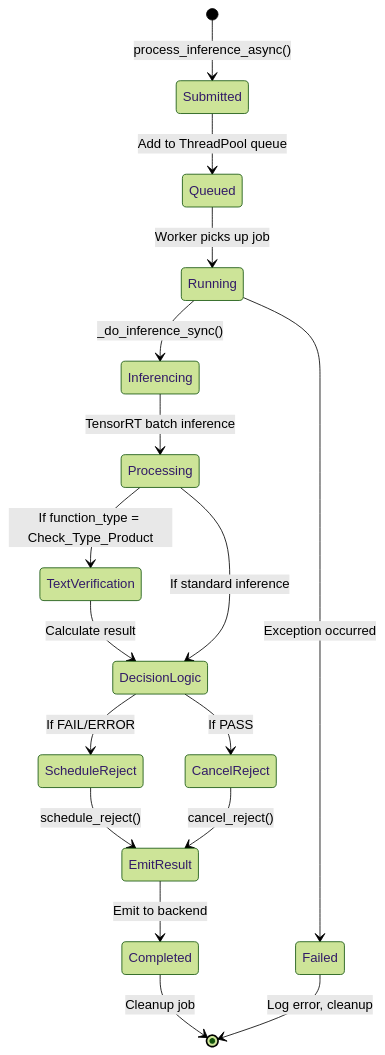
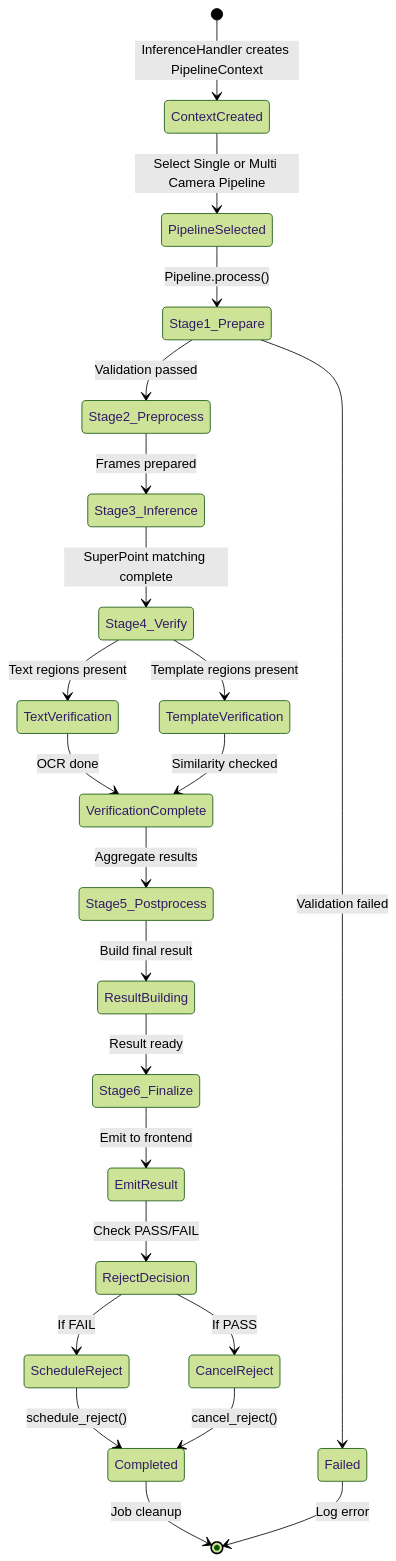
One commit to ngocthien2306/ocr_datecode changed the fourth of 14 diagrams in ai_services/docs/CLASS_DIAGRAM.md. Above: the diagram before and after it, drawn with Mermaid (forest theme). The commit also changed other lines of this file and 1 other file, not shown here.

Commit message:
update trigger and document for class diagram

````diff
--- a/ai_services/docs/CLASS_DIAGRAM.md
+++ b/ai_services/docs/CLASS_DIAGRAM.md
@@ -302,31 +638,41 @@
 ```mermaid
 stateDiagram-v2
-    [*] --> Submitted: process_inference_async()
+    [*] --> ContextCreated: InferenceHandler creates PipelineContext
 
-    Submitted --> Queued: Add to ThreadPool queue
+    ContextCreated --> PipelineSelected: Select Single or Multi Camera Pipeline
 
-    Queued --> Running: Worker picks up job
+    PipelineSelected --> Stage1_Prepare: Pipeline.process()
 
-    Running --> Inferencing: _do_inference_sync()
+    Stage1_Prepare --> Stage2_Preprocess: Validation passed
+    Stage1_Prepare --> Failed: Validation failed
 
-    Inferencing --> Processing: TensorRT batch inference
+    Stage2_Preprocess --> Stage3_Inference: Frames prepared
 
-    Processing --> TextVerification: If function_type = Check_Type_Product
+    Stage3_Inference --> Stage4_Verify: SuperPoint matching complete
 
-    TextVerification --> DecisionLogic: Calculate result
+    Stage4_Verify --> TextVerification: Text regions present
+    Stage4_Verify --> TemplateVerification: Template regions present
 
-    Processing --> DecisionLogic: If standard inference
+    TextVerification --> VerificationComplete: OCR done
+    TemplateVerification --> VerificationComplete: Similarity checked
 
-    DecisionLogic --> ScheduleReject: If FAIL/ERROR
-    DecisionLogic --> CancelReject: If PASS
+    VerificationComplete --> Stage5_Postprocess: Aggregate results
 
-    ScheduleReject --> EmitResult: schedule_reject()
-    CancelReject --> EmitResult: cancel_reject()
+    Stage5_Postprocess --> ResultBuilding: Build final result
 
-    EmitResult --> Completed: Emit to backend
+    ResultBuilding --> Stage6_Finalize: Result ready
 
-    Completed --> [*]: Cleanup job
+    Stage6_Finalize --> EmitResult: Emit to frontend
 
-    Running --> Failed: Exception occurred
-    Failed --> [*]: Log error, cleanup
+    EmitResult --> RejectDecision: Check PASS/FAIL
+
+    RejectDecision --> ScheduleReject: If FAIL
+    RejectDecision --> CancelReject: If PASS
+
+    ScheduleReject --> Completed: schedule_reject()
+    CancelReject --> Completed: cancel_reject()
+
+    Completed --> [*]: Job cleanup
+
+    Failed --> [*]: Log error
 ```
````
